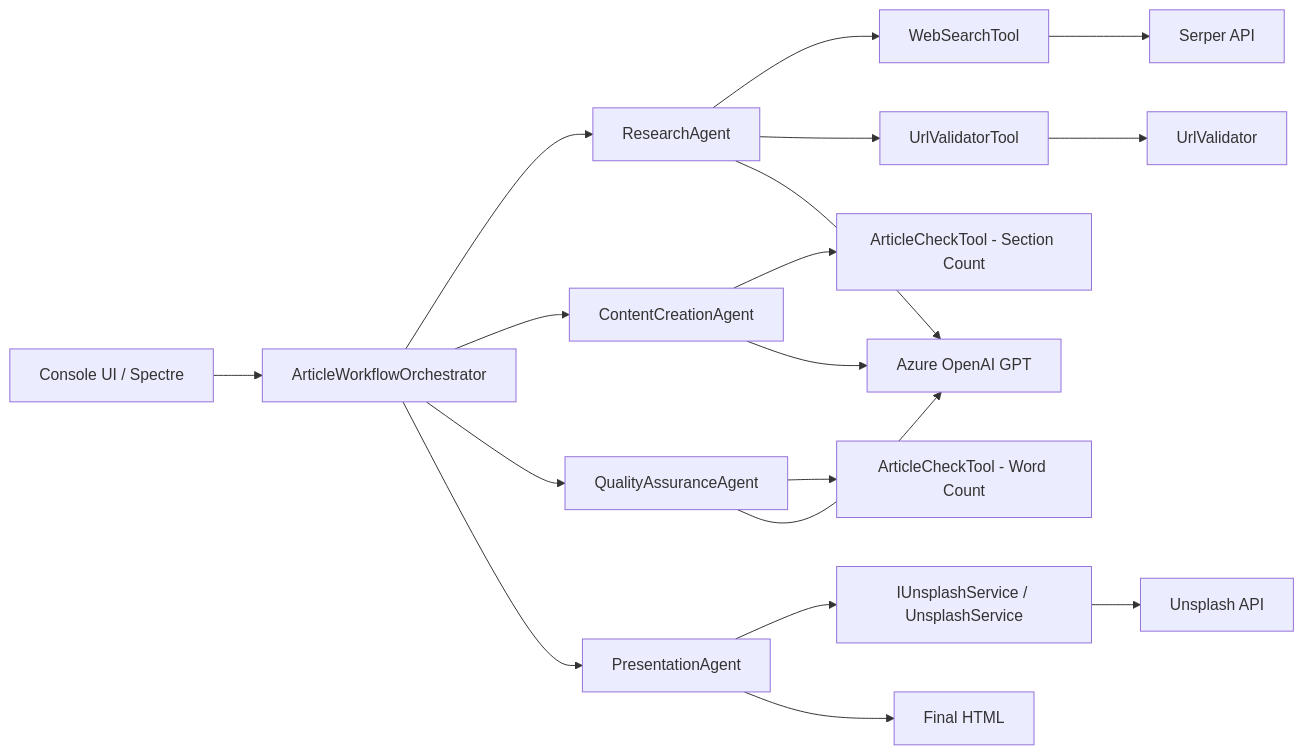
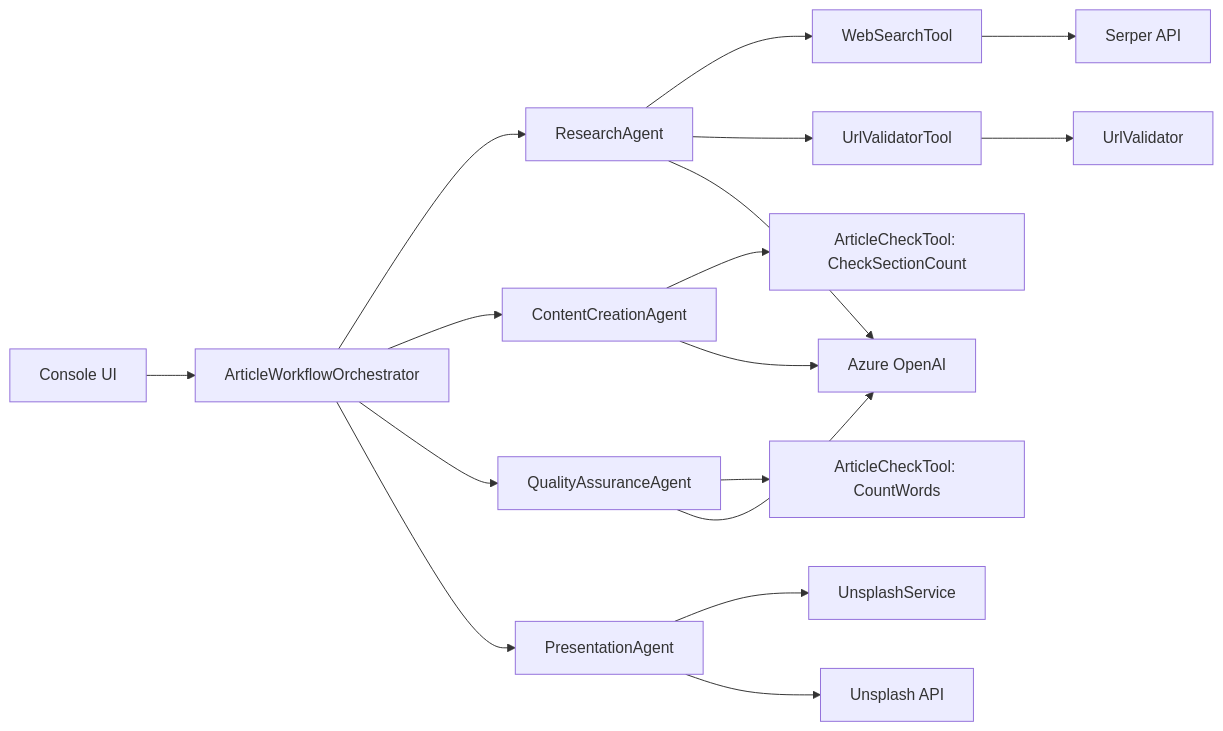
The first of 2 diagrams in Docs/TECHNICAL_GUIDE.md (charithrasanga/ArticleWriter), drawn with Mermaid before and after one commit. The commit also changed other lines of this file and 1 other file, not shown here.

Commit message:
Add session slide deck outline for AI Article Writer presentation

````diff
--- a/Docs/TECHNICAL_GUIDE.md
+++ b/Docs/TECHNICAL_GUIDE.md
@@ -25,26 +51,23 @@
 ```mermaid
 flowchart LR
-    UI[Console UI / Spectre] --> ORCH[ArticleWorkflowOrchestrator]
+    UI[Console UI] --> ORCH[ArticleWorkflowOrchestrator]
 
     ORCH --> R[ResearchAgent]
     ORCH --> C[ContentCreationAgent]
     ORCH --> Q[QualityAssuranceAgent]
     ORCH --> P[PresentationAgent]
 
     R --> WS[WebSearchTool]
     R --> UVT[UrlValidatorTool]
     UVT --> UV[UrlValidator]
 
-    C --> ACT[ArticleCheckTool - Section Count]
-    Q --> ACW[ArticleCheckTool - Word Count]
-
-    P --> US[IUnsplashService / UnsplashService]
+    C --> ACT[ArticleCheckTool: CheckSectionCount]
+    Q --> ACW[ArticleCheckTool: CountWords]
+    P --> US[UnsplashService]
 
     WS --> SERPER[Serper API]
-    US --> UNSPLASH[Unsplash API]
-    R --> AOAI[Azure OpenAI GPT]
+    P --> UNSPLASH[Unsplash API]
+    R --> AOAI[Azure OpenAI]
     C --> AOAI
     Q --> AOAI
-
-    P --> HTML[Final HTML]
 ```
````
